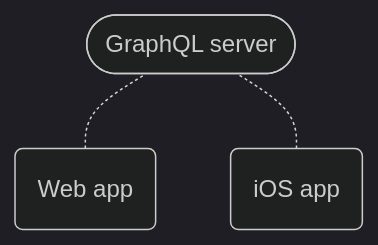
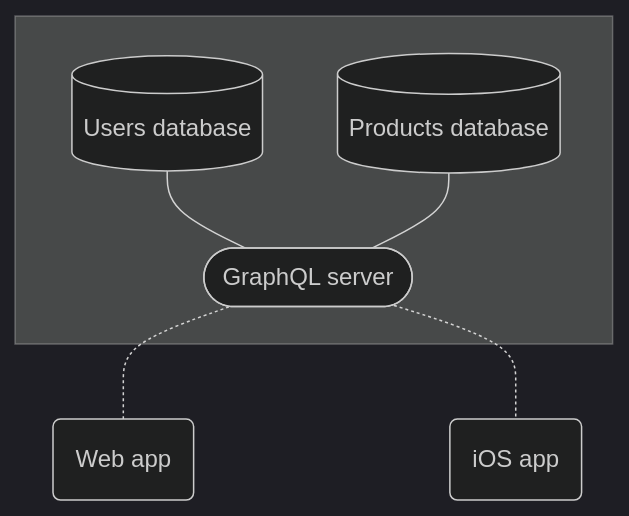
The first of 2 diagrams in docs/source/intro/platform.md (apollographql/apollo), drawn with Mermaid (dark theme) before and after one commit. The commit also changed other lines of this file, not shown here.

````diff
--- a/docs/source/intro/platform.md
+++ b/docs/source/intro/platform.md
@@ -81,8 +88,13 @@
 ```mermaid
-graph BT;
+graph TB
+  subgraph " "
+  userdb[(Users database)];
+  productdb[(Products database)];
+  monolith([GraphQL server]);
+  end
+  userdb & productdb --- monolith;
   webapp(Web app);
   iosapp(iOS app);
-  monolith([GraphQL server]);
-  webapp & iosapp -.- monolith;
-  class webapp,iosapp tertiary;
+  monolith -.- webapp & iosapp ;
+  class webapp,iosapp secondary;
 ```
````
